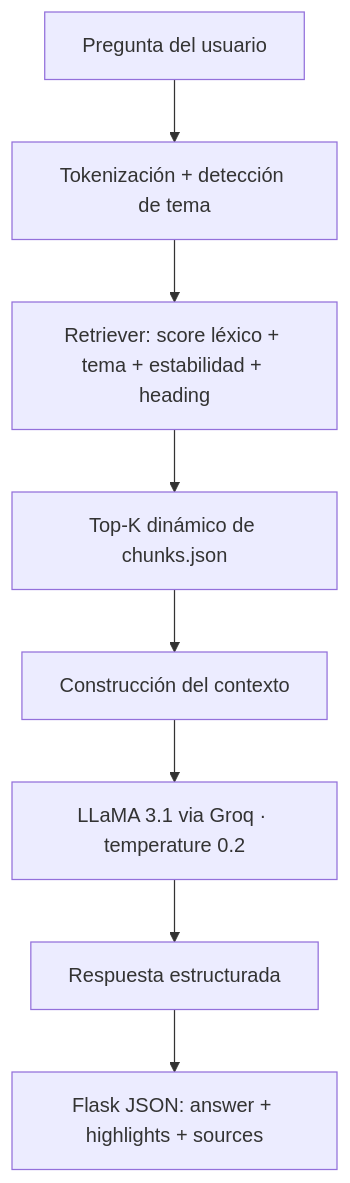
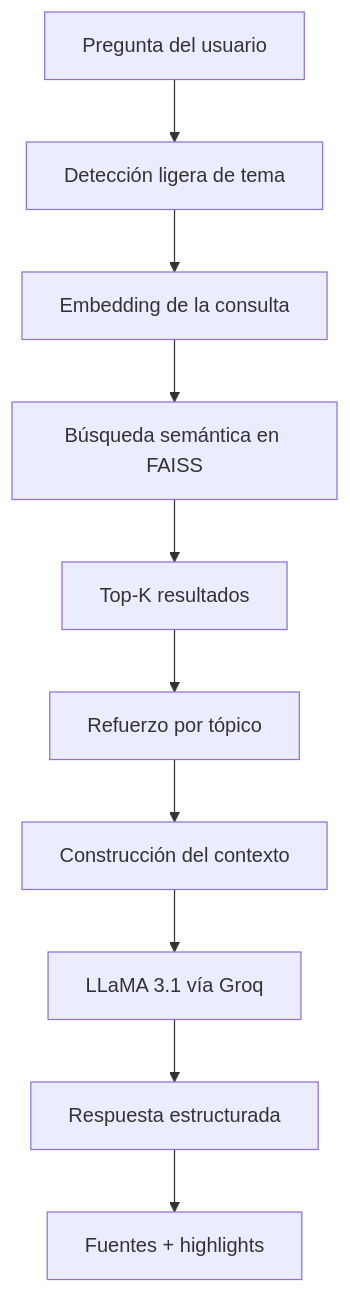
Before and after one commit to ShadowBlack33/ChatBot-UAO: the second of 2 diagrams in README.md, drawn with Mermaid. The commit also changed other lines of this file and 14 other files, not shown here.

````diff
--- a/README.md
+++ b/README.md
@@ -79,10 +86,12 @@
 ```mermaid
 flowchart TD
-  Q[Pregunta del usuario] --> T[Tokenización + detección de tema]
-  T --> R[Retriever: score léxico + tema + estabilidad + heading]
-  R --> K[Top-K dinámico de chunks.json]
-  K --> C[Construcción del contexto]
-  C --> L[LLaMA 3.1 via Groq · temperature 0.2]
+  Q[Pregunta del usuario] --> T[Detección ligera de tema]
+  T --> E[Embedding de la consulta]
+  E --> F[Búsqueda semántica en FAISS]
+  F --> R[Top-K resultados]
+  R --> B[Refuerzo por tópico]
+  B --> C[Construcción del contexto]
+  C --> L[LLaMA 3.1 vía Groq]
   L --> A[Respuesta estructurada]
-  A --> F[Flask JSON: answer + highlights + sources]
+  A --> S[Fuentes + highlights]
 ```
````
